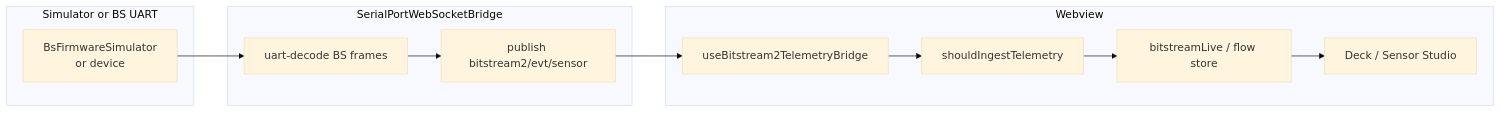
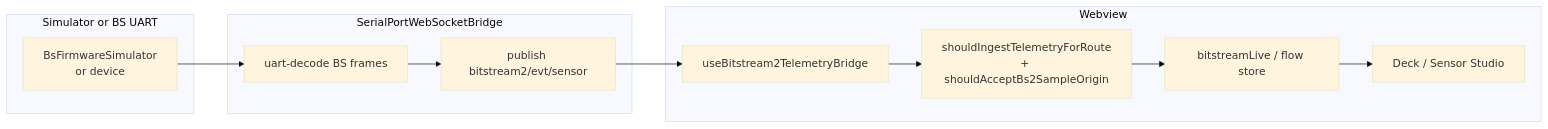
Before and after one commit to drsanti/Bitstream-Studio: the first of 8 diagrams in extension/src/webview/bitstream-app/docs/BITSTREAM_SENSOR_DATA_FLOW_AND_STATE.md, drawn with Mermaid (base theme). The commit also changed other lines of this file and 150 other files, not shown here.

````diff
--- a/extension/src/webview/bitstream-app/docs/BITSTREAM_SENSOR_DATA_FLOW_AND_STATE.md
+++ b/extension/src/webview/bitstream-app/docs/BITSTREAM_SENSOR_DATA_FLOW_AND_STATE.md
@@ -45,21 +47,21 @@
 ```mermaid
 flowchart LR
   subgraph SimOrFw["Simulator or BS UART"]
     MCU["BsFirmwareSimulator\nor device"]
   end
 
   subgraph Bridge["SerialPortWebSocketBridge"]
     DEC["uart-decode BS frames"]
     PUB["publish bitstream2/evt/sensor"]
   end
 
   subgraph Webview["Webview"]
     BR["useBitstream2TelemetryBridge"]
-    GATE["shouldIngestTelemetry"]
+    GATE["shouldIngestTelemetryForRoute\n+ shouldAcceptBs2SampleOrigin"]
     LIVE["bitstreamLive / flow store"]
     UI["Deck / Sensor Studio"]
   end
 
   MCU --> DEC --> PUB --> BR
   BR --> GATE --> LIVE --> UI
 ```
````
